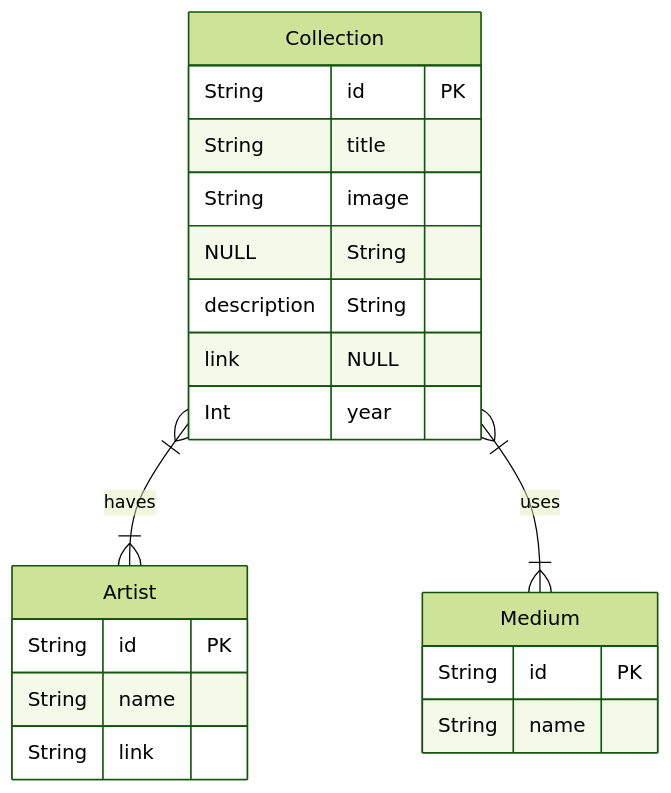
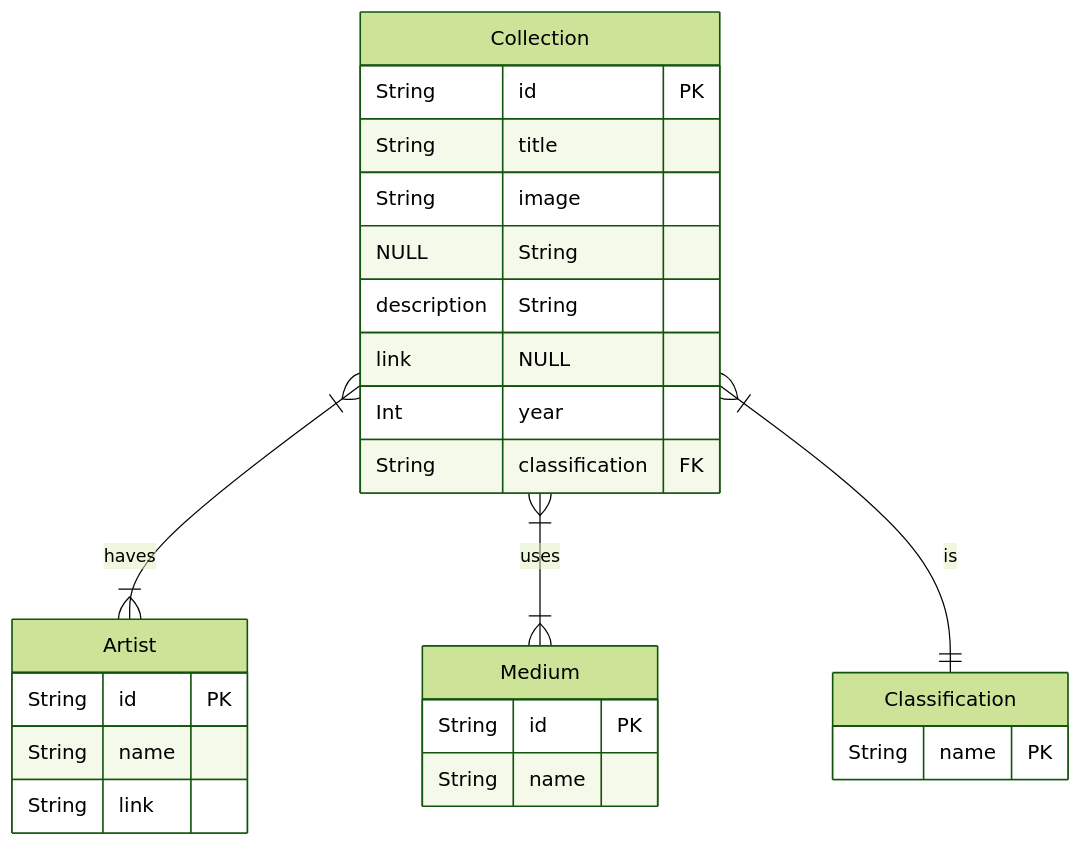
Before and after one commit to abdmmar/galnas: the diagram in README.md, drawn with Mermaid (forest theme). The commit also changed 4 other files, not shown here.

````diff
--- a/README.md
+++ b/README.md
@@ -44,25 +44,31 @@
 ```mermaid
 erDiagram
     Collection {
       String id PK
       String title
       String image NULL
       String description
       String link NULL
       Int year
+      String classification FK
+    }
+
+    Classification {
+      String name PK
     }
 
     Medium {
       String id PK
       String name
     }
 
     Artist {
       String id PK
       String name
       String link
     }
 
     Collection }|--|{ Artist : haves
     Collection }|--|{ Medium : uses
+    Collection }|--|| Classification : is
 ```
````
